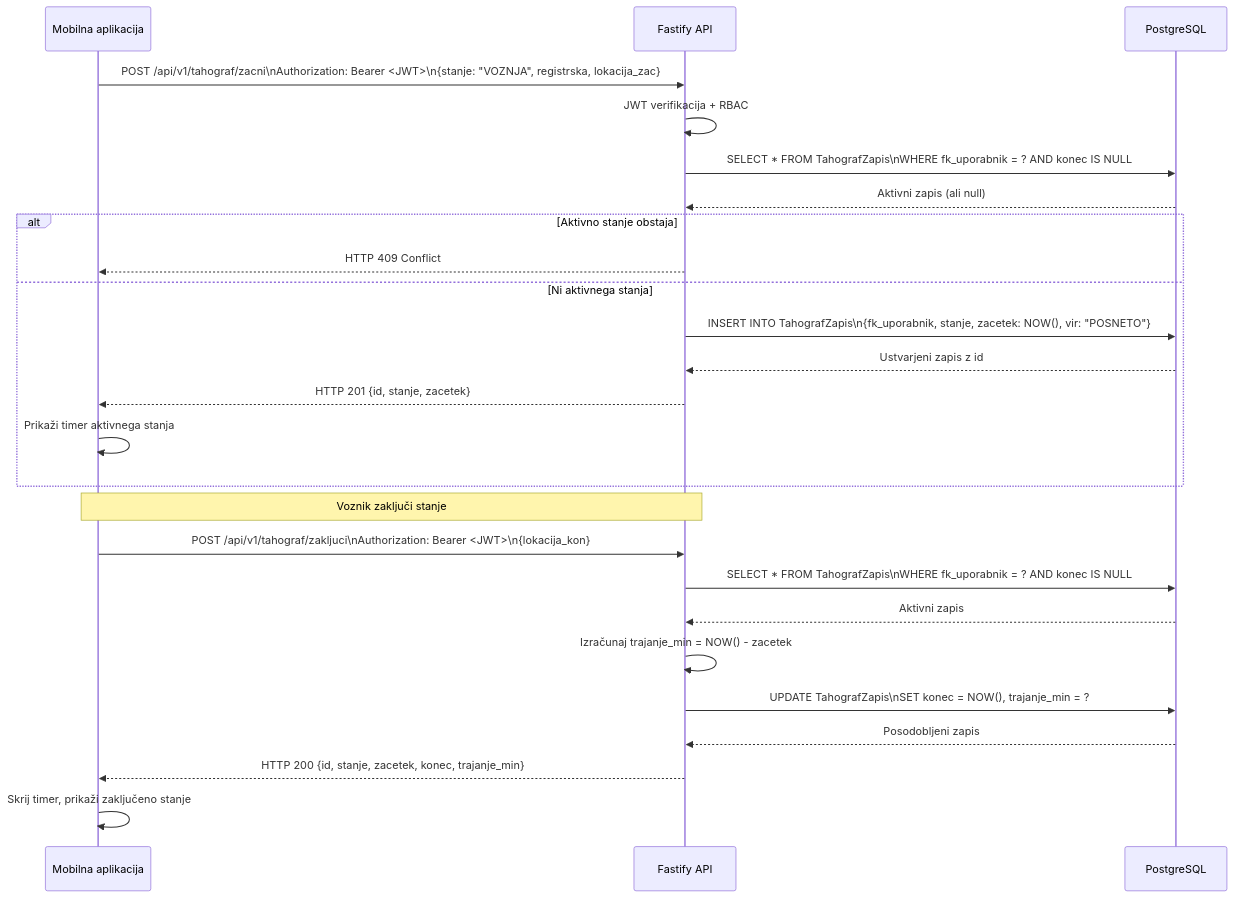
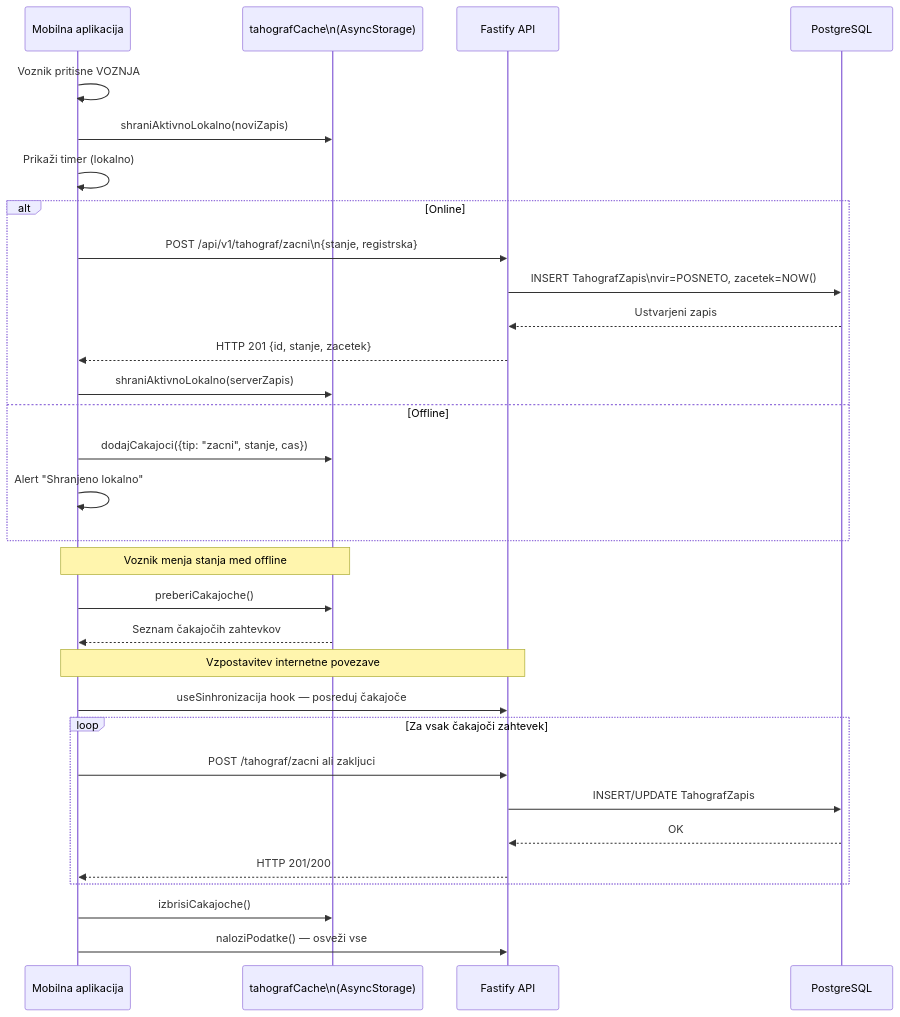
The tenth of 18 diagrams in README.md (Valeri123car/Projekt2026), drawn with Mermaid before and after one commit. The commit also changed other lines of this file, not shown here.

````diff
--- a/README.md
+++ b/README.md
@@ -539,30 +539,39 @@
 ```mermaid
 sequenceDiagram
     participant MOB as Mobilna aplikacija
+    participant CACHE as tahografCache\n(AsyncStorage)
     participant API as Fastify API
     participant DB as PostgreSQL
 
-    MOB->>API: POST /api/v1/tahograf/zacni\nAuthorization: Bearer <JWT>\n{stanje: "VOZNJA", registrska, lokacija_zac}
-    API->>API: JWT verifikacija + RBAC
-    API->>DB: SELECT * FROM TahografZapis\nWHERE fk_uporabnik = ? AND konec IS NULL
-    DB-->>API: Aktivni zapis (ali null)
-    alt Aktivno stanje obstaja
-        API-->>MOB: HTTP 409 Conflict
-    else Ni aktivnega stanja
-        API->>DB: INSERT INTO TahografZapis\n{fk_uporabnik, stanje, zacetek: NOW(), vir: "POSNETO"}
-        DB-->>API: Ustvarjeni zapis z id
+    MOB->>MOB: Voznik pritisne VOZNJA
+    MOB->>CACHE: shraniAktivnoLokalno(noviZapis)
+    MOB->>MOB: Prikaži timer (lokalno)
+
+    alt Online
+        MOB->>API: POST /api/v1/tahograf/zacni\n{stanje, registrska}
+        API->>DB: INSERT TahografZapis\nvir=POSNETO, zacetek=NOW()
+        DB-->>API: Ustvarjeni zapis
         API-->>MOB: HTTP 201 {id, stanje, zacetek}
-        MOB->>MOB: Prikaži timer aktivnega stanja
+        MOB->>CACHE: shraniAktivnoLokalno(serverZapis)
+    else Offline
+        MOB->>CACHE: dodajCakajoci({tip: "zacni", stanje, cas})
+        MOB->>MOB: Alert "Shranjeno lokalno"
     end
 
-    Note over MOB,API: Voznik zaključi stanje
+    Note over MOB,CACHE: Voznik menja stanja med offline
 
-    MOB->>API: POST /api/v1/tahograf/zakljuci\nAuthorization: Bearer <JWT>\n{lokacija_kon}
-    API->>DB: SELECT * FROM TahografZapis\nWHERE fk_uporabnik = ? AND konec IS NULL
-    DB-->>API: Aktivni zapis
-    API->>API: Izračunaj trajanje_min = NOW() - zacetek
-    API->>DB: UPDATE TahografZapis\nSET konec = NOW(), trajanje_min = ?
-    DB-->>API: Posodobljeni zapis
-    API-->>MOB: HTTP 200 {id, stanje, zacetek, konec, trajanje_min}
-    MOB->>MOB: Skrij timer, prikaži zaključeno stanje
+    MOB->>CACHE: preberiCakajoche()
+    CACHE-->>MOB: Seznam čakajočih zahtevkov
+
+    Note over MOB,API: Vzpostavitev internetne povezave
+
+    MOB->>API: useSinhronizacija hook — posreduj čakajoče
+    loop Za vsak čakajoči zahtevek
+        MOB->>API: POST /tahograf/zacni ali zakljuci
+        API->>DB: INSERT/UPDATE TahografZapis
+        DB-->>API: OK
+        API-->>MOB: HTTP 201/200
+    end
+    MOB->>CACHE: izbrisiCakajoche()
+    MOB->>API: naloziPodatke() — osveži vse
 ```
````
